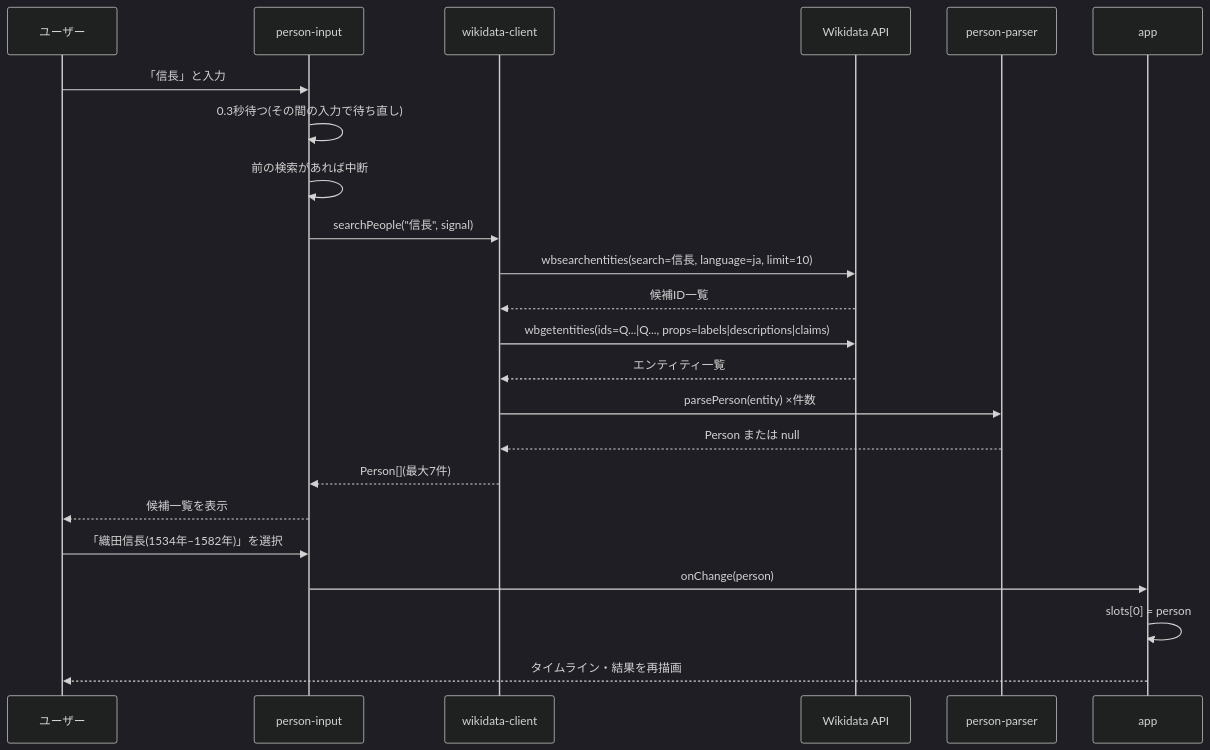
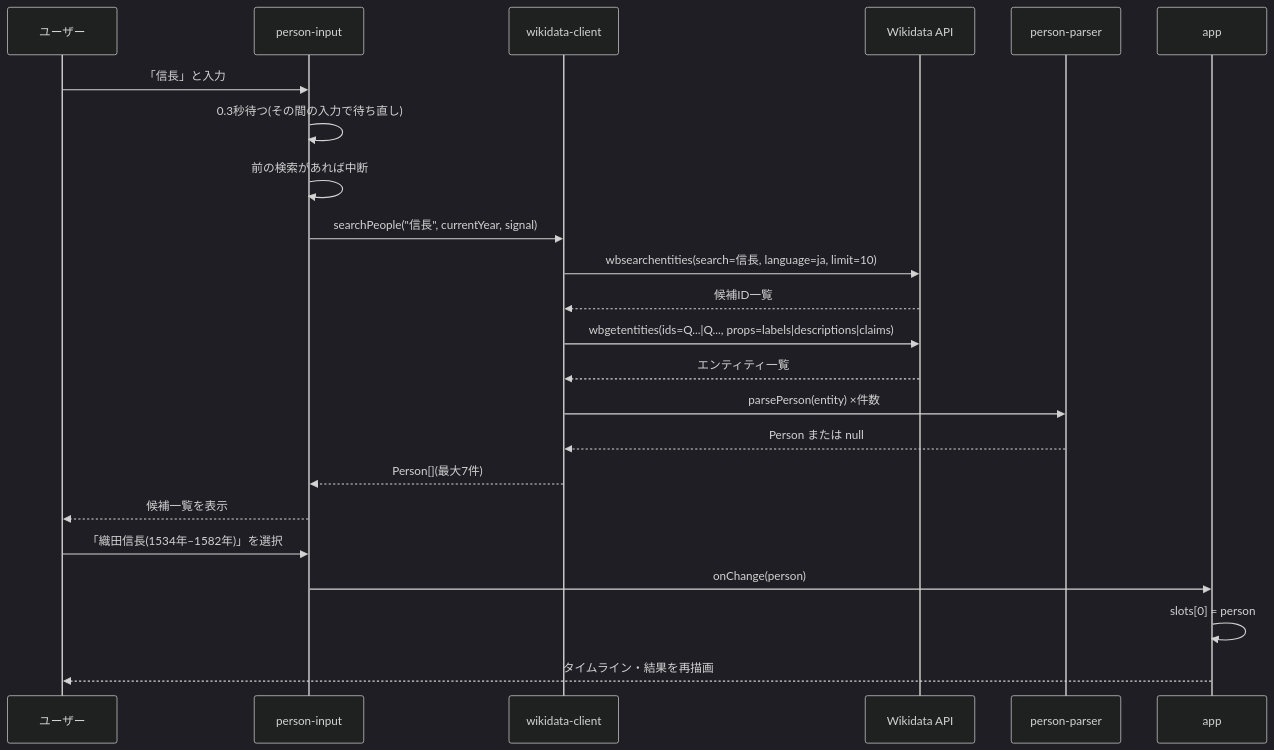
One commit to nogawa-asase/ijin-timeline changed the third of 5 diagrams in docs/functional-design.md. Above: the diagram before and after it, drawn with Mermaid (dark theme). The commit also changed other lines of this file and 49 other files, not shown here.

````diff
--- a/docs/functional-design.md
+++ b/docs/functional-design.md
@@ -311,26 +356,26 @@
 ```mermaid
 sequenceDiagram
     participant User as ユーザー
     participant Input as person-input
     participant Client as wikidata-client
     participant API as Wikidata API
     participant Parser as person-parser
     participant App as app
 
     User->>Input: 「信長」と入力
     Input->>Input: 0.3秒待つ(その間の入力で待ち直し)
     Input->>Input: 前の検索があれば中断
-    Input->>Client: searchPeople("信長", signal)
+    Input->>Client: searchPeople("信長", currentYear, signal)
     Client->>API: wbsearchentities(search=信長, language=ja, limit=10)
     API-->>Client: 候補ID一覧
     Client->>API: wbgetentities(ids=Q...|Q..., props=labels|descriptions|claims)
     API-->>Client: エンティティ一覧
     Client->>Parser: parsePerson(entity) ×件数
     Parser-->>Client: Person または null
     Client-->>Input: Person[](最大7件)
     Input-->>User: 候補一覧を表示
     User->>Input: 「織田信長(1534年–1582年)」を選択
     Input->>App: onChange(person)
     App->>App: slots[0] = person
     App-->>User: タイムライン・結果を再描画
 ```
````
